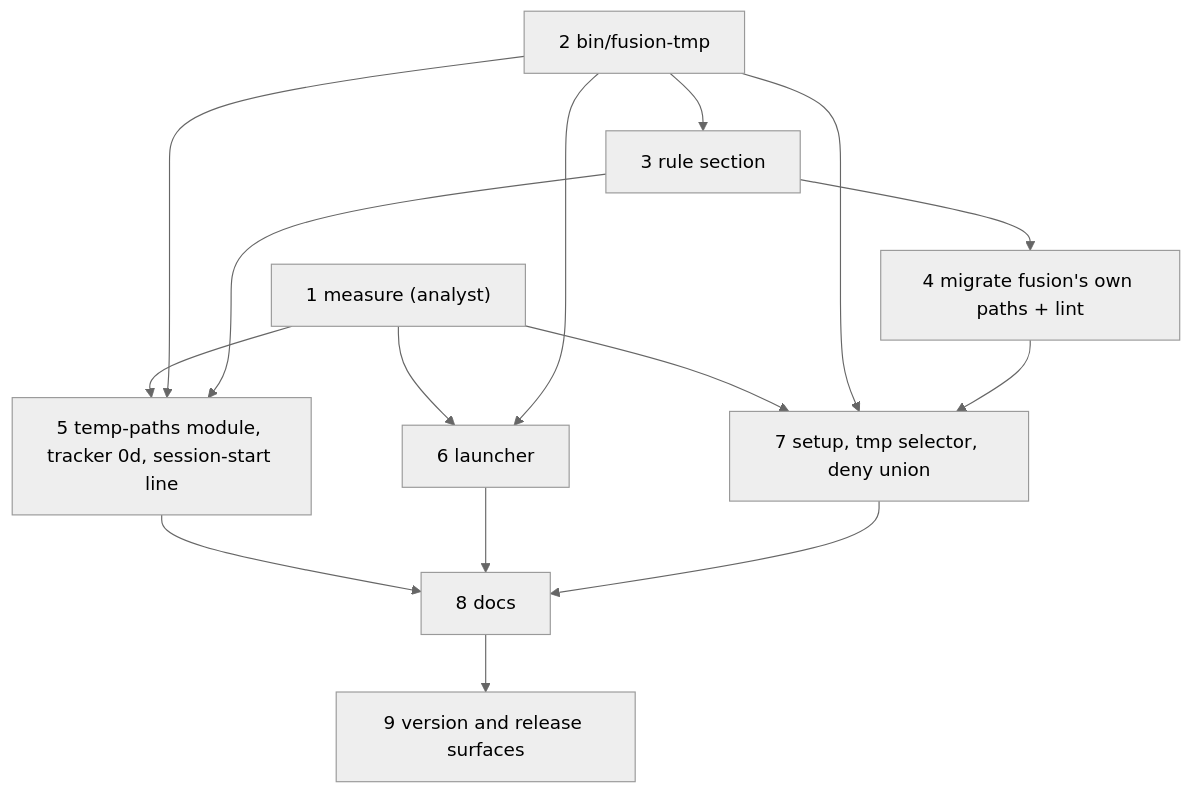
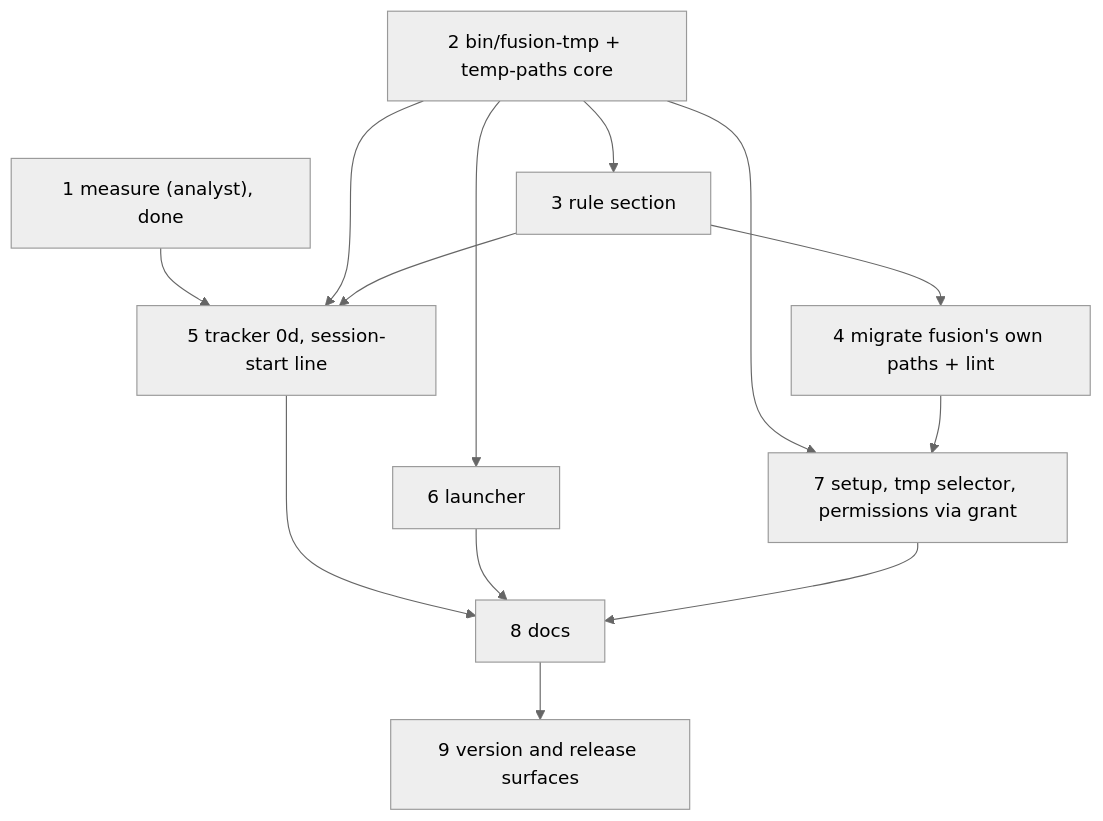
One commit to tenzoki/fusion changed the second of 2 diagrams in fusion-workbench/work-packages/261027-2242-intermediate-files-in-project-tmp/plans/261027-2252-plan-intermediate-files-in-project-tmp.md. Above: the diagram before and after it, drawn with Mermaid (neutral theme). The commit also changed other lines of this file and 4 other files, not shown here.

First line of the commit message:
docs(workbench): revise the tmp plan to ~/.fusion-tmp/<checkout-id> and rebind it

````diff
--- a/fusion-workbench/work-packages/261027-2242-intermediate-files-in-project-tmp/plans/261027-2252-plan-intermediate-files-in-project-tmp.md
+++ b/fusion-workbench/work-packages/261027-2242-intermediate-files-in-project-tmp/plans/261027-2252-plan-intermediate-files-in-project-tmp.md
@@ -68,26 +83,24 @@
 ```mermaid
 flowchart TD
-  S1["1 measure (analyst)"]
-  S2["2 bin/fusion-tmp"]
+  S1["1 measure (analyst), done"]
+  S2["2 bin/fusion-tmp + temp-paths core"]
   S3["3 rule section"]
   S4["4 migrate fusion's own paths + lint"]
-  S5["5 temp-paths module, tracker 0d, session-start line"]
+  S5["5 tracker 0d, session-start line"]
   S6["6 launcher"]
-  S7["7 setup, tmp selector, deny union"]
+  S7["7 setup, tmp selector, permissions via grant"]
   S8["8 docs"]
   S9["9 version and release surfaces"]
   S2 --> S3
   S3 --> S4
   S1 --> S5
   S2 --> S5
   S3 --> S5
-  S1 --> S6
   S2 --> S6
-  S1 --> S7
   S2 --> S7
   S4 --> S7
   S5 --> S8
   S6 --> S8
   S7 --> S8
   S8 --> S9
 ```
````
